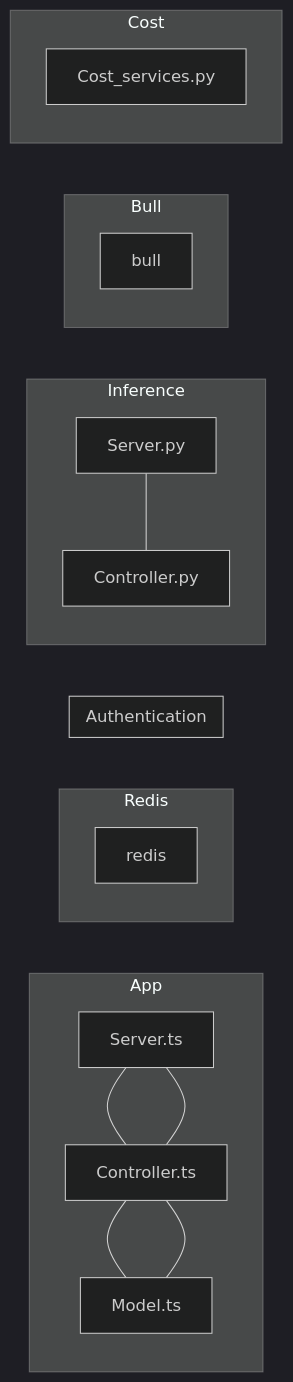
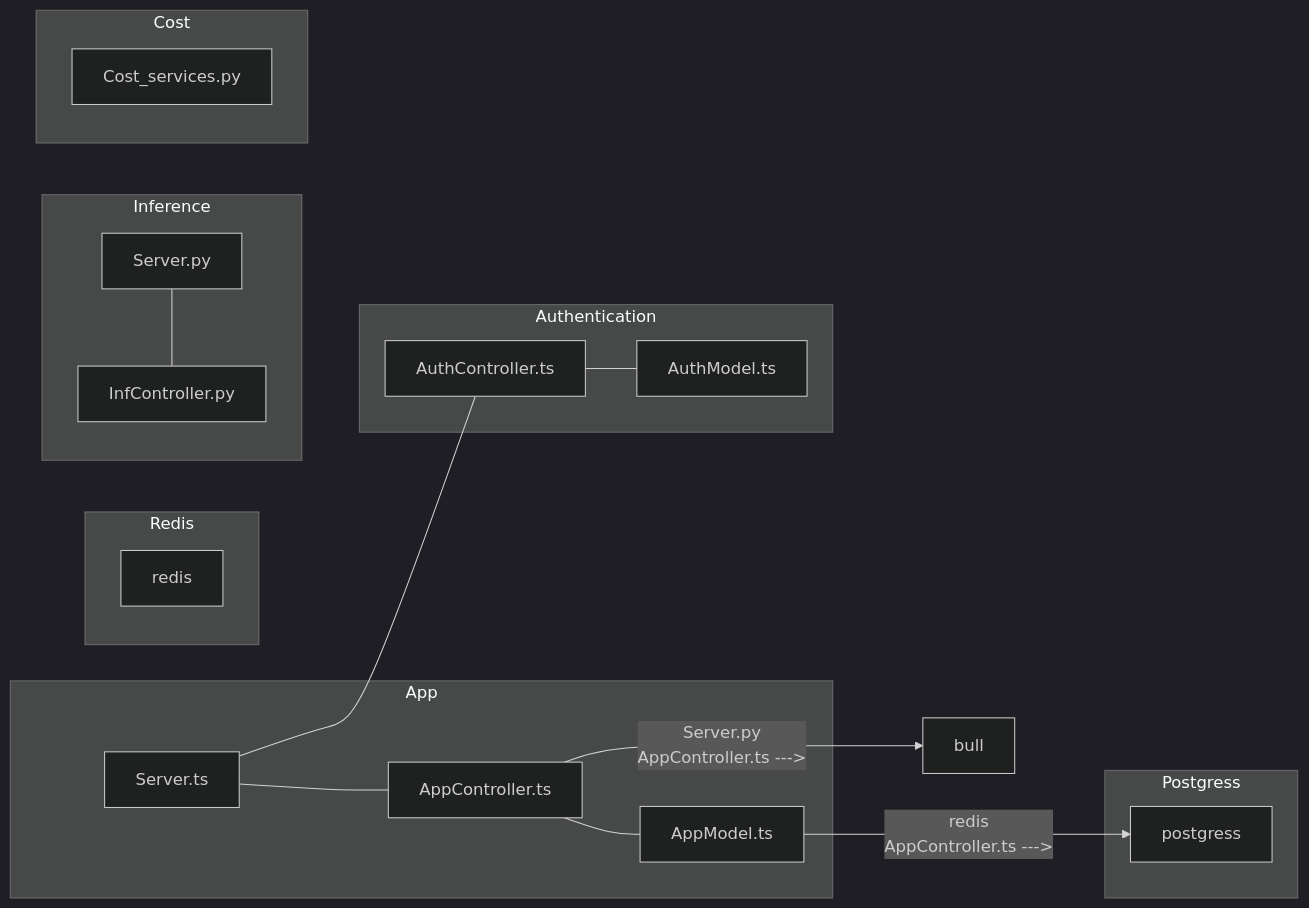
Before and after one commit to AgneseBruglia/PA2024: the second of 8 diagrams in README.md, drawn with Mermaid (dark theme).

````diff
--- a/README.md
+++ b/README.md
@@ -30,35 +30,41 @@
 ```mermaid
 graph LR;
     subgraph App
-    Server.ts --- Controller.ts 
-    Controller.ts 
-    Model.ts 
-    Controller.ts --- Model.ts
+    Server.ts --- AppController.ts 
+    AppController.ts 
+    AppModel.ts 
+    AppController.ts --- AppModel.ts
     end
 
     subgraph Redis
     redis
     end
 
     subgraph Authentication
-    Server.ts --- Controller.ts
-    Controller.ts 
-    Model.ts 
-    Controller.ts --- Model.ts
+    Server.ts --- AuthController.ts
+    AuthController.ts 
+    AuthModel.ts 
+    AuthController.ts --- AuthModel.ts
     end
 
     subgraph Inference
-    Server.py --- Controller.py
-    Controller.py
+    Server.py --- InfController.py
+    InfController.py
     end
 
-    subgraph Bull
-    bull
+    subgraph Postgress
+    postgress
     end
 
     subgraph Cost
     Cost_services.py
-    end 
+    end
+
+    AppModel.ts --->| redis
+    AppController.ts --->| postgress
+    AppController.ts --->| Server.py
+    AppController.ts --->| bull
+     
 
     
 ```
````
